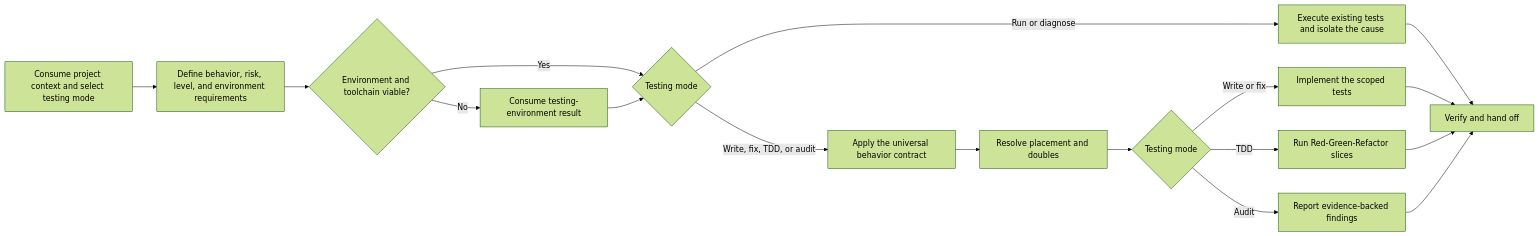
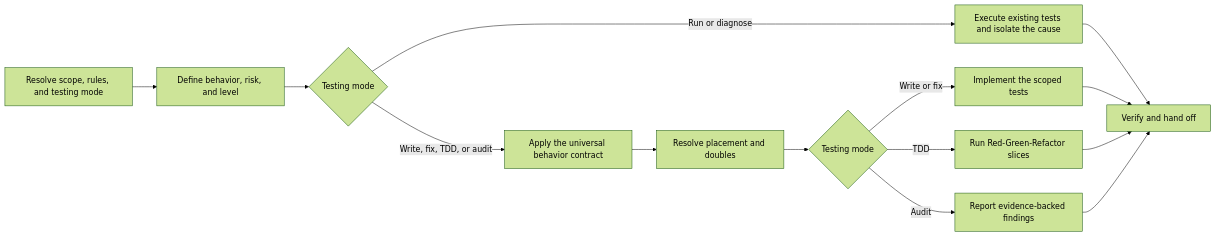
One commit to fam-tung-lam/ptlam-agent-plugin changed the diagram in .agents/skills/ptlam-testing-typescript/skills/ptlam-testing/SKILL.md. Above: the diagram before and after it, drawn with Mermaid (forest theme). The commit also changed other lines of this file and 28 other files, not shown here.

````diff
--- a/.agents/skills/ptlam-testing-typescript/skills/ptlam-testing/SKILL.md
+++ b/.agents/skills/ptlam-testing-typescript/skills/ptlam-testing/SKILL.md
@@ -47,19 +24,16 @@
 ```mermaid
 flowchart LR
-    A[Consume project context and select testing mode] --> B[Define behavior, risk, level, and environment requirements]
-    B --> C{Environment and toolchain viable?}
-    C -- No --> D[Consume testing-environment result]
-    C -- Yes --> M{Testing mode}
-    D --> M
+    A[Resolve scope, rules, and testing mode] --> B[Define behavior, risk, and level]
+    B --> M{Testing mode}
     M -- Run or diagnose --> H[Execute existing tests and isolate the cause]
     M -- Write, fix, TDD, or audit --> E[Apply the universal behavior contract]
     E --> F[Resolve placement and doubles]
     F --> G{Testing mode}
     G -- Write or fix --> I[Implement the scoped tests]
     G -- TDD --> J[Run Red-Green-Refactor slices]
     G -- Audit --> K[Report evidence-backed findings]
     H --> L[Verify and hand off]
     I --> L
     J --> L
     K --> L
 ```
````
